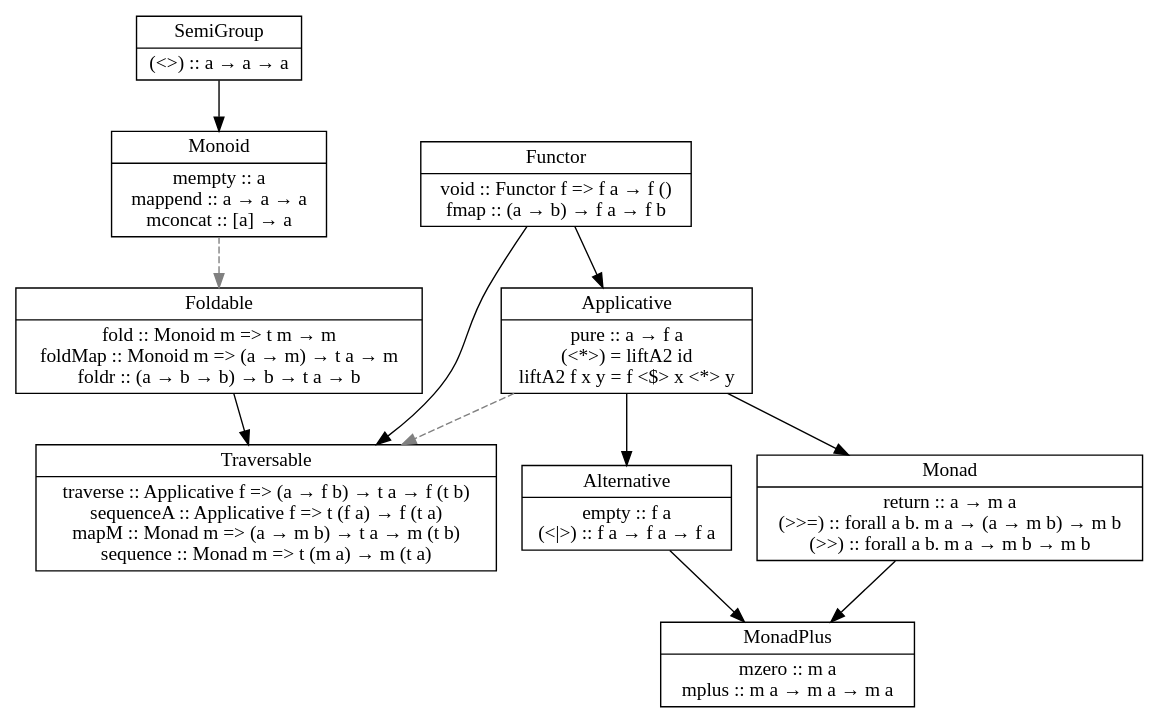
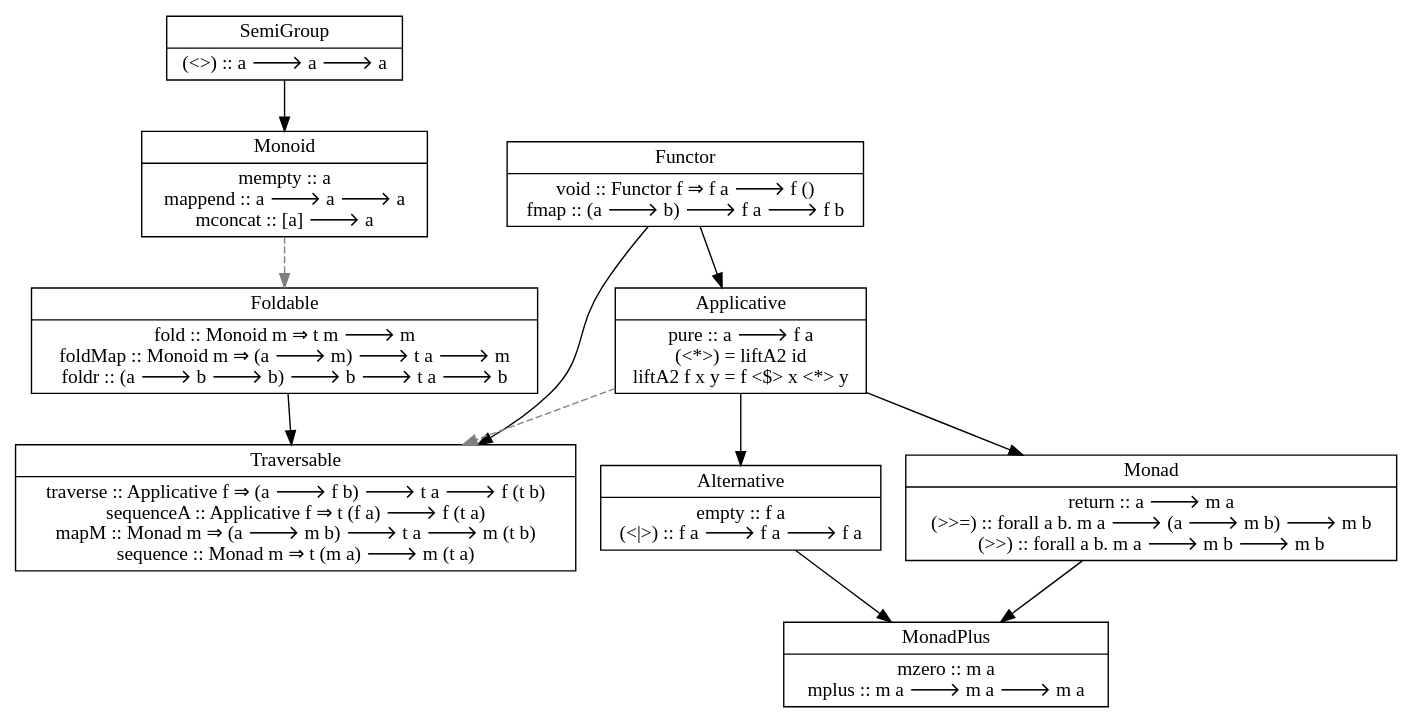
The diagram in HaskellTypeClasses.gv (fuszenecker/HsDie), drawn with Graphviz before and after one commit. The commit also changed 1 other file, not shown here.

```diff
--- a/HaskellTypeClasses.gv
+++ b/HaskellTypeClasses.gv
@@ -1,59 +1,59 @@
 digraph TECU {
     graph [ fontname = "dubai" ]
     node  [ fontname = "dubai" shape = record ]
     edge  [ fontname = "dubai" ]
 
     SemiGroup [
-        label = "{SemiGroup|(\<\>) :: a → a → a}"
+        label = "{SemiGroup|(\<\>) :: a 🡒 a 🡒 a}"
     ]
 
     Monoid [
-        label = "{Monoid|mempty :: a\nmappend :: a → a → a\nmconcat :: [a] → a}"
+        label = "{Monoid|mempty :: a\nmappend :: a 🡒 a 🡒 a\nmconcat :: [a] 🡒 a}"
     ]
 
     Foldable [
-        label = "{Foldable|fold :: Monoid m =\> t m → m\nfoldMap :: Monoid m =\> (a → m) → t a → m\nfoldr :: (a → b → b) → b → t a → b}"
+        label = "{Foldable|fold :: Monoid m ⇒ t m 🡒 m\nfoldMap :: Monoid m ⇒ (a 🡒 m) 🡒 t a 🡒 m\nfoldr :: (a 🡒 b 🡒 b) 🡒 b 🡒 t a 🡒 b}"
     ]
 
     Traversable [
-        label = "{Traversable|traverse :: Applicative f =\> (a → f b) → t a → f (t b)\nsequenceA :: Applicative f =\> t (f a) → f (t a)\nmapM :: Monad m =\> (a → m b) → t a → m (t b)\nsequence :: Monad m =\> t (m a) → m (t a)}"
+        label = "{Traversable|traverse :: Applicative f ⇒ (a 🡒 f b) 🡒 t a 🡒 f (t b)\nsequenceA :: Applicative f ⇒ t (f a) 🡒 f (t a)\nmapM :: Monad m ⇒ (a 🡒 m b) 🡒 t a 🡒 m (t b)\nsequence :: Monad m ⇒ t (m a) 🡒 m (t a)}"
     ]
 
     Functor [
-        label = "{Functor|void :: Functor f =\> f a → f ()\nfmap :: (a → b) → f a → f b}"
+        label = "{Functor|void :: Functor f ⇒ f a 🡒 f ()\nfmap :: (a 🡒 b) 🡒 f a 🡒 f b}"
     ]
 
     Applicative [
-        label = "{Applicative|pure :: a → f a\n(\<*\>) = liftA2 id\nliftA2 f x y = f \<$\> x \<*\> y}"
+        label = "{Applicative|pure :: a 🡒 f a\n(\<*\>) = liftA2 id\nliftA2 f x y = f \<$\> x \<*\> y}"
     ]
 
     Alternative [
-        label = "{Alternative|empty :: f a\n(\<\|\>) :: f a → f a → f a}"
+        label = "{Alternative|empty :: f a\n(\<\|\>) :: f a 🡒 f a 🡒 f a}"
     ]
 
     Monad [
-        label = "{Monad|return :: a → m a\n(\>\>=) :: forall a b. m a → (a → m b) → m b\n(\>\>) :: forall a b. m a → m b → m b}"
+        label = "{Monad|return :: a 🡒 m a\n(\>\>=) :: forall a b. m a 🡒 (a 🡒 m b) 🡒 m b\n(\>\>) :: forall a b. m a 🡒 m b 🡒 m b}"
     ]
 
     MonadPlus [
-        label = "{MonadPlus|mzero :: m a\nmplus :: m a → m a → m a}"
+        label = "{MonadPlus|mzero :: m a\nmplus :: m a 🡒 m a 🡒 m a}"
     ]
 
     SemiGroup -> Monoid
 
     Foldable -> Traversable
 
     Functor -> Traversable
 
     Functor -> Applicative
     Applicative -> Monad
     Applicative -> Alternative
 
     Monad -> MonadPlus
     Alternative -> MonadPlus
 
     edge [ style = dashed, color = grey ]
 
     Monoid -> Foldable
     Applicative -> Traversable
 }
```
